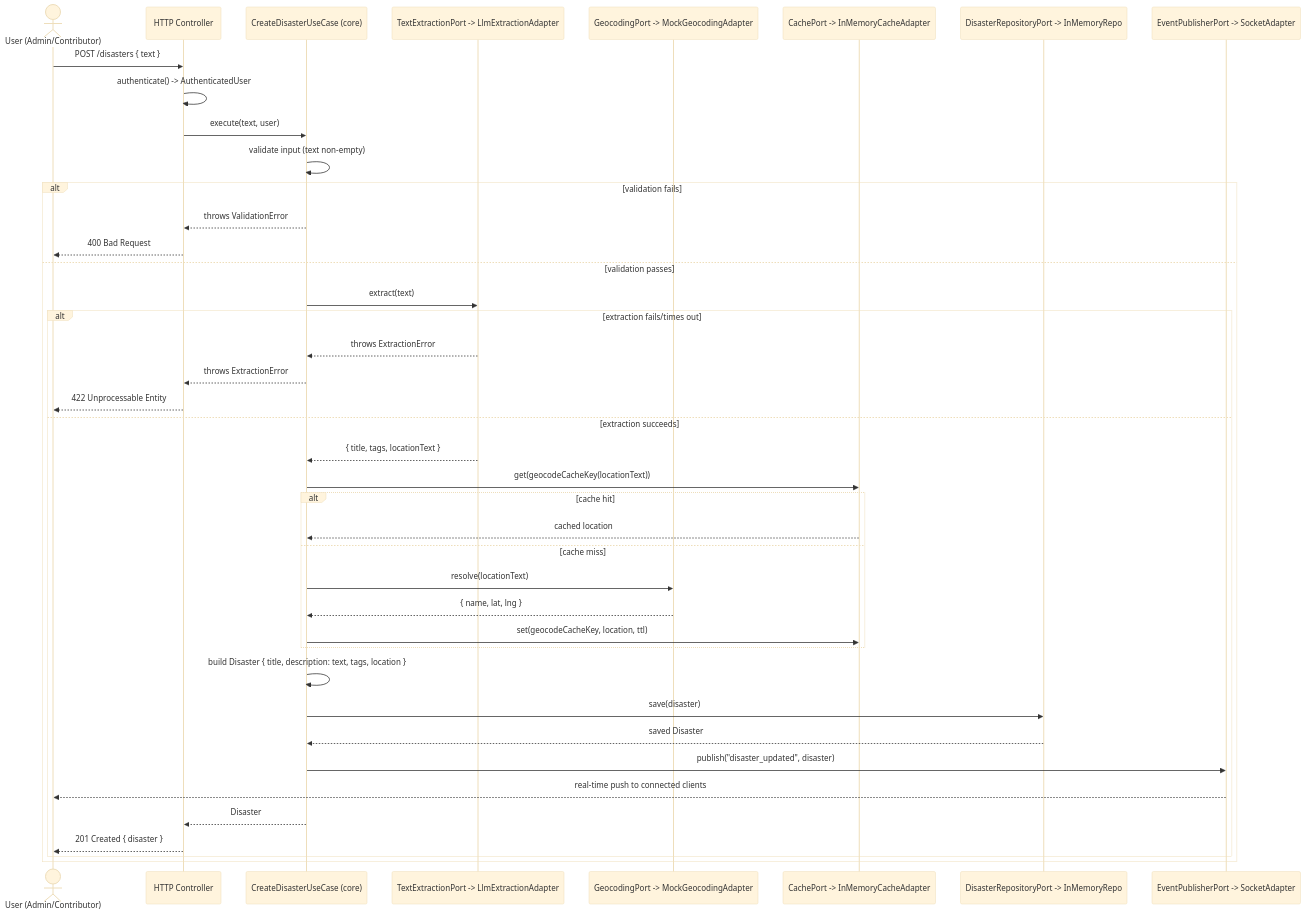
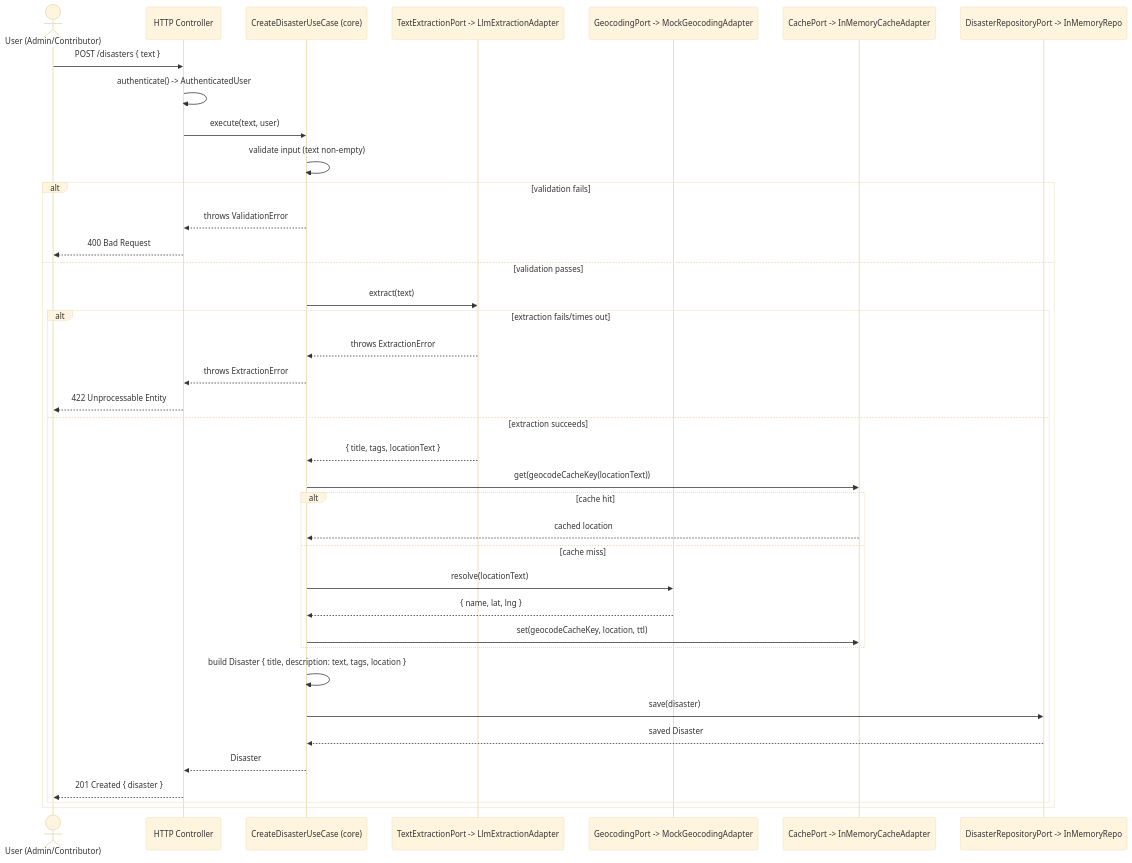
One commit to Rohit-MK2k/disaster-response-coordination-platform changed the diagram in docs/diagrams/sequence/create-disaster.mmd. Above: the diagram before and after it, drawn with Mermaid (base theme). The commit also changed 7 other files, not shown here.

```diff
--- a/docs/diagrams/sequence/create-disaster.mmd
+++ b/docs/diagrams/sequence/create-disaster.mmd
@@ -1,42 +1,39 @@
 sequenceDiagram
     actor U as User (Admin/Contributor)
     participant API as HTTP Controller
     participant UC as CreateDisasterUseCase (core)
     participant EXT as TextExtractionPort -> LlmExtractionAdapter
     participant GEO as GeocodingPort -> MockGeocodingAdapter
     participant CACHE as CachePort -> InMemoryCacheAdapter
     participant REPO as DisasterRepositoryPort -> InMemoryRepo
-    participant EVT as EventPublisherPort -> SocketAdapter
 
     U->>API: POST /disasters { text }
     API->>API: authenticate() -> AuthenticatedUser
     API->>UC: execute(text, user)
     UC->>UC: validate input (text non-empty)
     alt validation fails
         UC-->>API: throws ValidationError
         API-->>U: 400 Bad Request
     else validation passes
         UC->>EXT: extract(text)
         alt extraction fails/times out
             EXT-->>UC: throws ExtractionError
             UC-->>API: throws ExtractionError
             API-->>U: 422 Unprocessable Entity
         else extraction succeeds
             EXT-->>UC: { title, tags, locationText }
             UC->>CACHE: get(geocodeCacheKey(locationText))
             alt cache hit
                 CACHE-->>UC: cached location
             else cache miss
                 UC->>GEO: resolve(locationText)
                 GEO-->>UC: { name, lat, lng }
                 UC->>CACHE: set(geocodeCacheKey, location, ttl)
             end
             UC->>UC: build Disaster { title, description: text, tags, location }
             UC->>REPO: save(disaster)
             REPO-->>UC: saved Disaster
-            UC->>EVT: publish("disaster_updated", disaster)
-            EVT-->>U: real-time push to connected clients
             UC-->>API: Disaster
             API-->>U: 201 Created { disaster }
         end
     end
```
